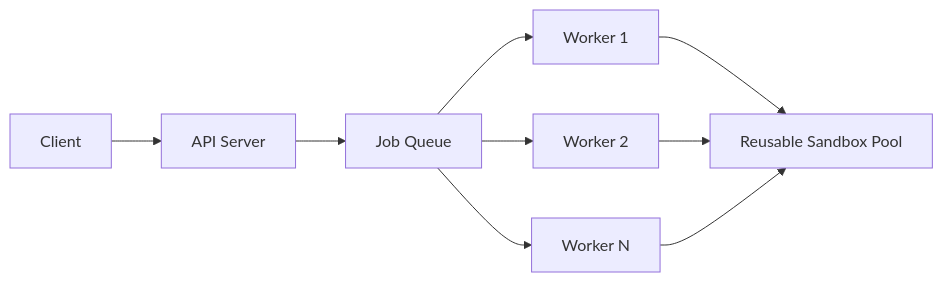
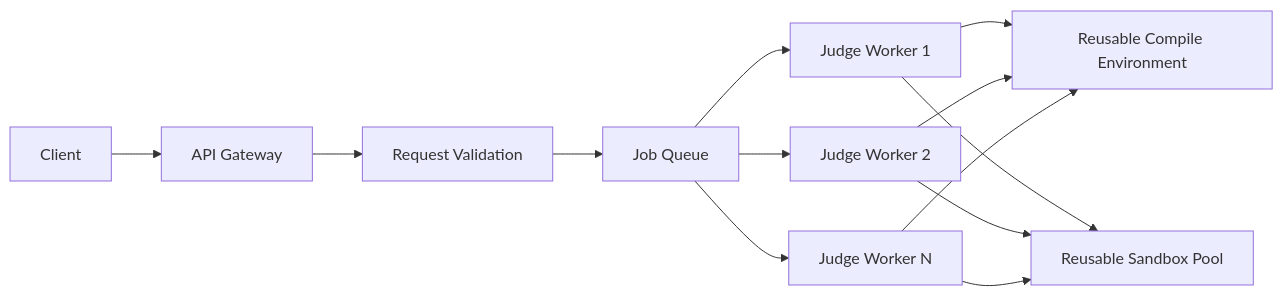
Before and after one commit to PixelsBH/YexJudge: the diagram in architecture.md, drawn with Mermaid. The commit also changed other lines of this file and 11 other files, not shown here.

````diff
--- a/architecture.md
+++ b/architecture.md
@@ -211,11 +21,17 @@
 ```mermaid
 flowchart LR
-    Client[Client] --> API[API Server]
-    API --> Queue[Job Queue]
-    Queue --> Worker1[Worker 1]
-    Queue --> Worker2[Worker 2]
-    Queue --> WorkerN[Worker N]
-    Worker1 --> Pool[Reusable Sandbox Pool]
-    Worker2 --> Pool
-    WorkerN --> Pool
+    Client[Client] --> Gateway[API Gateway]
+    Gateway --> Validate[Request Validation]
+    Validate --> Queue[Job Queue]
+    Queue --> Worker1[Judge Worker 1]
+    Queue --> Worker2[Judge Worker 2]
+    Queue --> WorkerN[Judge Worker N]
+
+    Worker1 --> CompilePool[Reusable Compile Environment]
+    Worker2 --> CompilePool
+    WorkerN --> CompilePool
+
+    Worker1 --> SandboxPool[Reusable Sandbox Pool]
+    Worker2 --> SandboxPool
+    WorkerN --> SandboxPool
 ```
````
